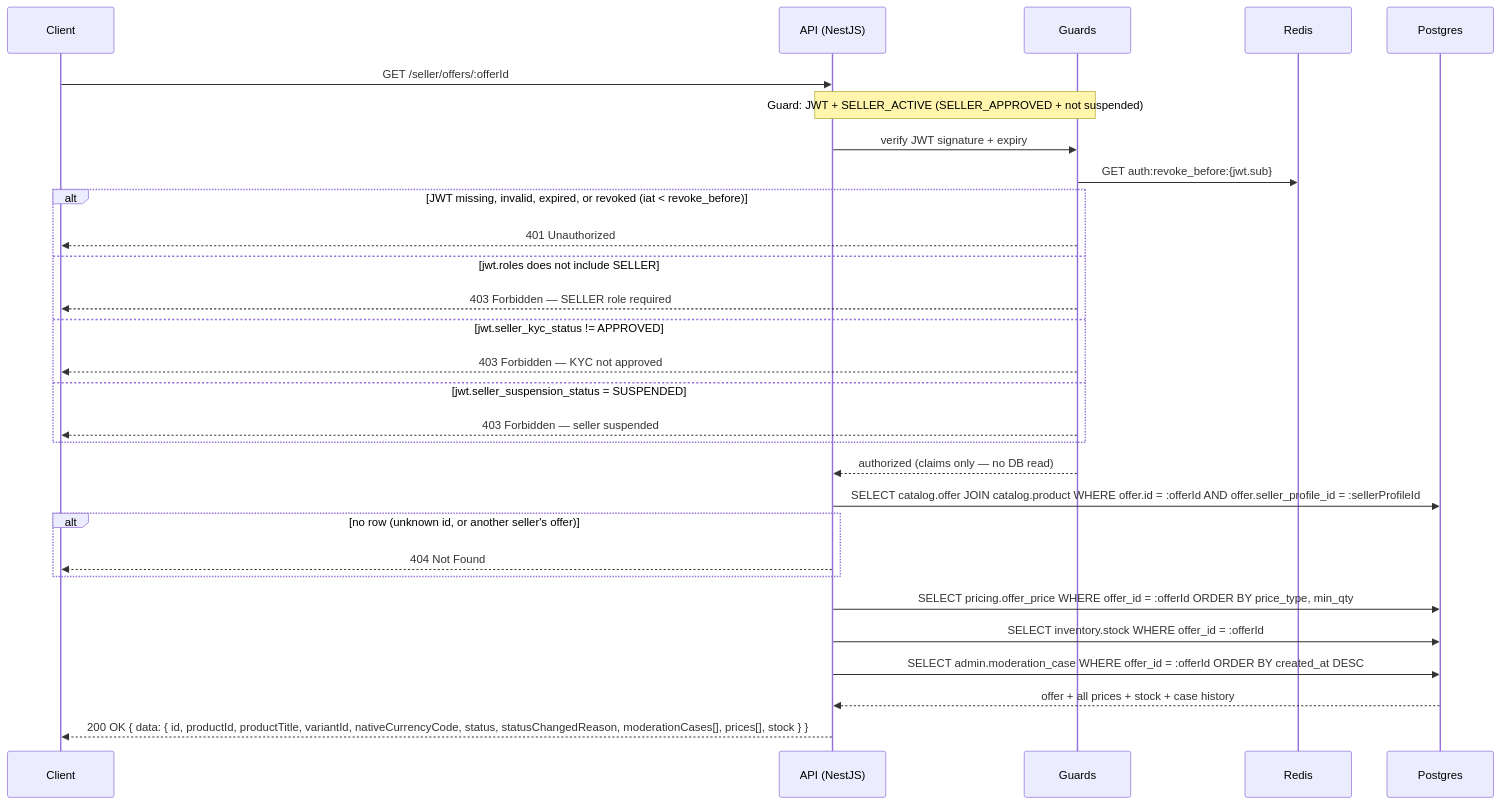
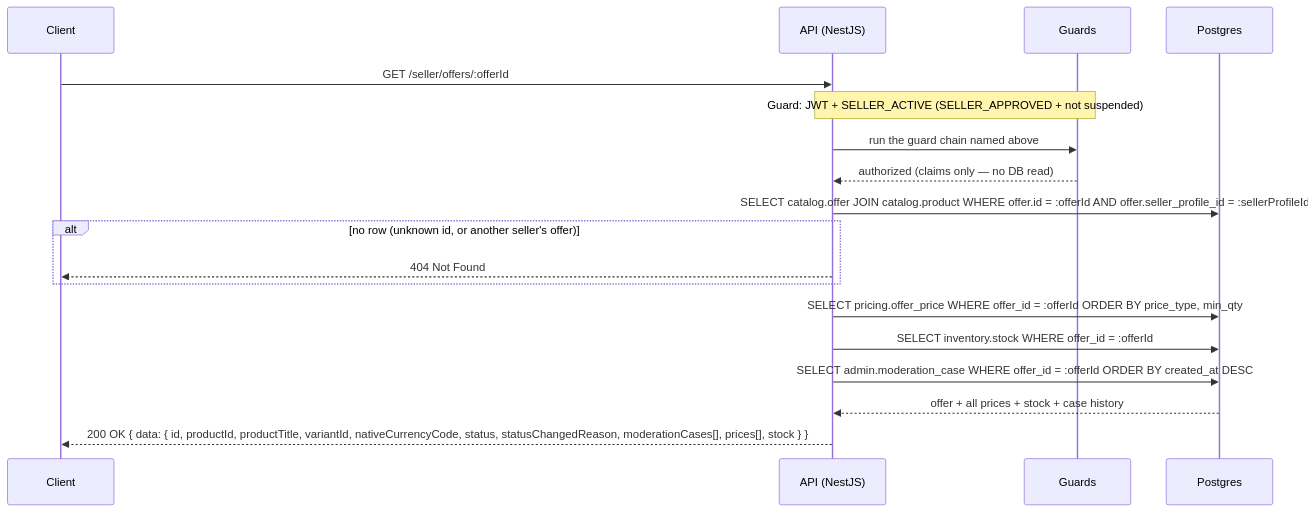
One commit to alisa-uthi/aliceut-ecom-document changed the ninth of 23 diagrams in phase-1/technical-design/api-design/seller.md. Above: the diagram before and after it, drawn with Mermaid. The commit also changed other lines of this file and 53 other files, not shown here.

````diff
--- a/phase-1/technical-design/api-design/seller.md
+++ b/phase-1/technical-design/api-design/seller.md
@@ -874,34 +824,23 @@
 ```mermaid
 sequenceDiagram
     participant C as Client
     participant A as API (NestJS)
     participant G as Guards
-    participant R as Redis
     participant P as Postgres
 
     C->>A: GET /seller/offers/:offerId
     Note over A,G: Guard: JWT + SELLER_ACTIVE (SELLER_APPROVED + not suspended)
-    A->>G: verify JWT signature + expiry
-    G->>R: GET auth:revoke_before:{jwt.sub}
-    alt JWT missing, invalid, expired, or revoked (iat < revoke_before)
-        G-->>C: 401 Unauthorized
-    else jwt.roles does not include SELLER
-        G-->>C: 403 Forbidden — SELLER role required
-    else jwt.seller_kyc_status != APPROVED
-        G-->>C: 403 Forbidden — KYC not approved
-    else jwt.seller_suspension_status = SUSPENDED
-        G-->>C: 403 Forbidden — seller suspended
-    end
+    A->>G: run the guard chain named above
     G-->>A: authorized (claims only — no DB read)
 
     A->>P: SELECT catalog.offer JOIN catalog.product WHERE offer.id = :offerId AND offer.seller_profile_id = :sellerProfileId
     alt no row (unknown id, or another seller's offer)
         A-->>C: 404 Not Found
     end
     A->>P: SELECT pricing.offer_price WHERE offer_id = :offerId ORDER BY price_type, min_qty
     A->>P: SELECT inventory.stock WHERE offer_id = :offerId
     A->>P: SELECT admin.moderation_case WHERE offer_id = :offerId ORDER BY created_at DESC
     P-->>A: offer + all prices + stock + case history
 
     A-->>C: 200 OK { data: { id, productId, productTitle, variantId, nativeCurrencyCode, status, statusChangedReason, moderationCases[], prices[], stock } }
 ```
````
